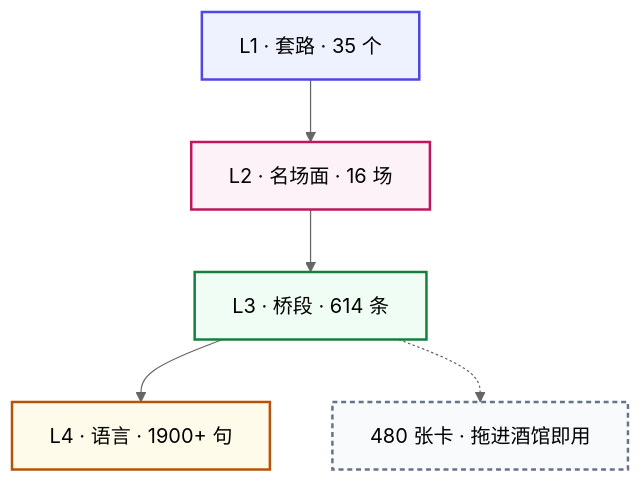
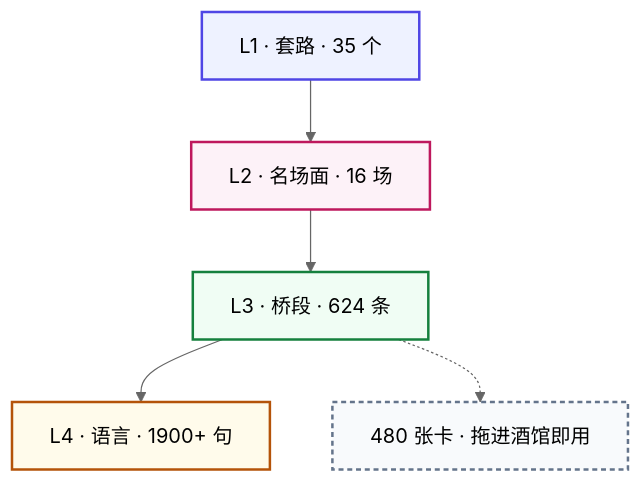
One commit to Horace-Maxwell/fourth-love-encyclopedia changed the diagram in README.md. Above: the diagram before and after it, drawn with Mermaid (neutral theme). The commit also changed other lines of this file and 55 other files, not shown here.

````diff
--- a/README.md
+++ b/README.md
@@ -46,15 +46,15 @@
 ```mermaid
 flowchart TD
     L1["L1 · 套路 · 35 个"]
     L2["L2 · 名场面 · 16 场"]
-    L3["L3 · 桥段 · 614 条"]
+    L3["L3 · 桥段 · 624 条"]
     L4["L4 · 语言 · 1900+ 句"]
     C["480 张卡 · 拖进酒馆即用"]
     L1 --> L2 --> L3 --> L4
     L3 -.-> C
     style L1 fill:#eef2ff,stroke:#4f46e5,stroke-width:2px
     style L2 fill:#fdf2f8,stroke:#be185d,stroke-width:2px
     style L3 fill:#f0fdf4,stroke:#15803d,stroke-width:2px
     style L4 fill:#fffbeb,stroke:#b45309,stroke-width:2px
     style C  fill:#f8fafc,stroke:#64748b,stroke-width:2px,stroke-dasharray:4 3
 ```
````
